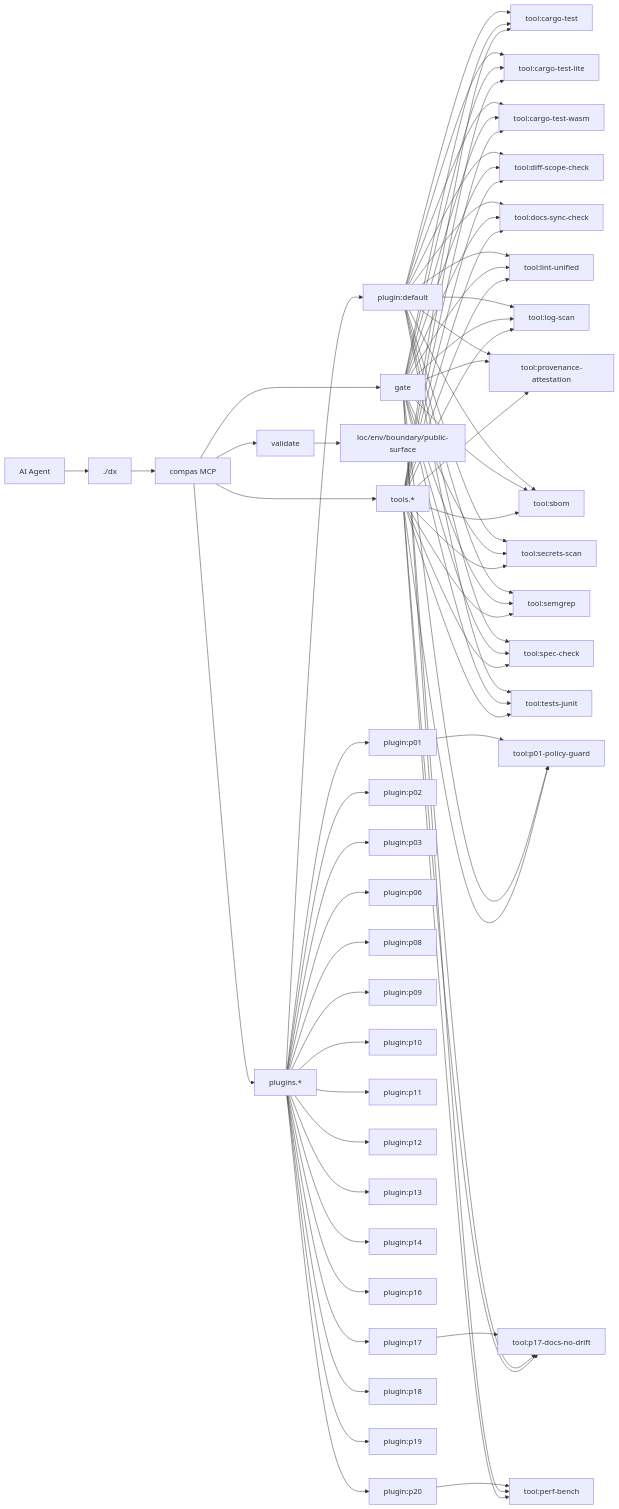
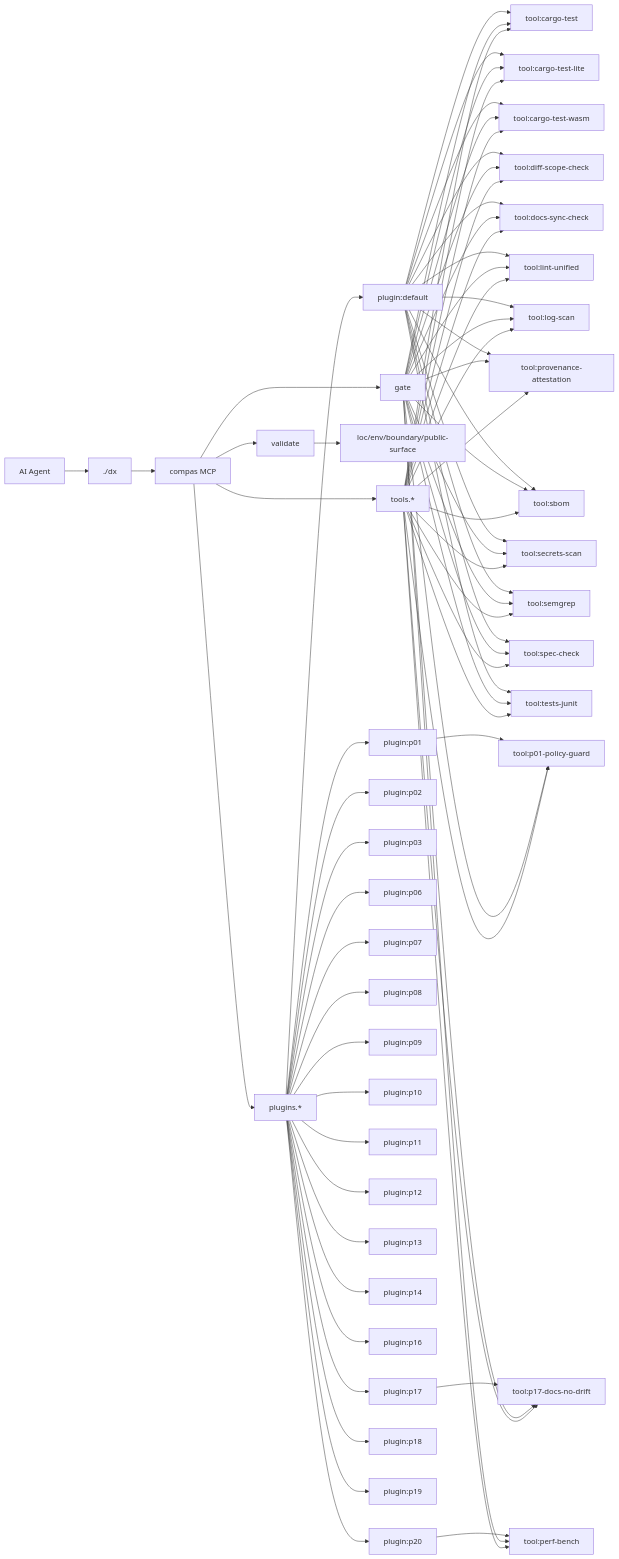
Before and after one commit to AmirTlinov/compas: the diagram in AGENTS.md, drawn with Mermaid. The commit also changed other lines of this file and 6 other files, not shown here.

````diff
--- a/AGENTS.md
+++ b/AGENTS.md
@@ -78,75 +79,76 @@
 ```mermaid
 flowchart LR
   Agent[AI Agent] --> DX[./dx]
   DX --> MCP[compas MCP]
   MCP --> V[validate]
   MCP --> G[gate]
   MCP --> PL[plugins.*]
   MCP --> TL[tools.*]
   V --> C1[loc/env/boundary/public-surface]
   PL --> P_default["plugin:default"]
   P_default --> T_cargo_test["tool:cargo-test"]
   G --> T_cargo_test
   P_default --> T_cargo_test_lite["tool:cargo-test-lite"]
   G --> T_cargo_test_lite
   P_default --> T_cargo_test_wasm["tool:cargo-test-wasm"]
   G --> T_cargo_test_wasm
   P_default --> T_diff_scope_check["tool:diff-scope-check"]
   G --> T_diff_scope_check
   P_default --> T_docs_sync_check["tool:docs-sync-check"]
   G --> T_docs_sync_check
   P_default --> T_lint_unified["tool:lint-unified"]
   G --> T_lint_unified
   P_default --> T_log_scan["tool:log-scan"]
   G --> T_log_scan
   P_default --> T_provenance_attestation["tool:provenance-attestation"]
   G --> T_provenance_attestation
   P_default --> T_sbom["tool:sbom"]
   G --> T_sbom
   P_default --> T_secrets_scan["tool:secrets-scan"]
   G --> T_secrets_scan
   P_default --> T_semgrep["tool:semgrep"]
   G --> T_semgrep
   P_default --> T_spec_check["tool:spec-check"]
   G --> T_spec_check
   P_default --> T_tests_junit["tool:tests-junit"]
   G --> T_tests_junit
   PL --> P_p01["plugin:p01"]
   P_p01 --> T_p01_policy_guard["tool:p01-policy-guard"]
   G --> T_p01_policy_guard
   PL --> P_p02["plugin:p02"]
   PL --> P_p03["plugin:p03"]
   PL --> P_p06["plugin:p06"]
+  PL --> P_p07["plugin:p07"]
   PL --> P_p08["plugin:p08"]
   PL --> P_p09["plugin:p09"]
   PL --> P_p10["plugin:p10"]
   PL --> P_p11["plugin:p11"]
   PL --> P_p12["plugin:p12"]
   PL --> P_p13["plugin:p13"]
   PL --> P_p14["plugin:p14"]
   PL --> P_p16["plugin:p16"]
   PL --> P_p17["plugin:p17"]
   P_p17 --> T_p17_docs_no_drift["tool:p17-docs-no-drift"]
   G --> T_p17_docs_no_drift
   PL --> P_p18["plugin:p18"]
   PL --> P_p19["plugin:p19"]
   PL --> P_p20["plugin:p20"]
   P_p20 --> T_perf_bench["tool:perf-bench"]
   G --> T_perf_bench
   TL --> T_cargo_test
   TL --> T_cargo_test_lite
   TL --> T_cargo_test_wasm
   TL --> T_diff_scope_check
   TL --> T_docs_sync_check
   TL --> T_lint_unified
   TL --> T_log_scan
   TL --> T_p01_policy_guard
   TL --> T_p17_docs_no_drift
   TL --> T_perf_bench
   TL --> T_provenance_attestation
   TL --> T_sbom
   TL --> T_secrets_scan
   TL --> T_semgrep
   TL --> T_spec_check
   TL --> T_tests_junit
 ```
````
